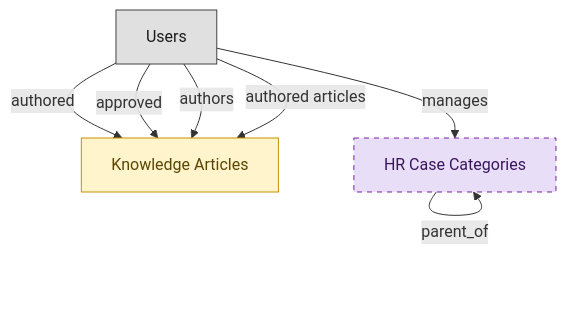
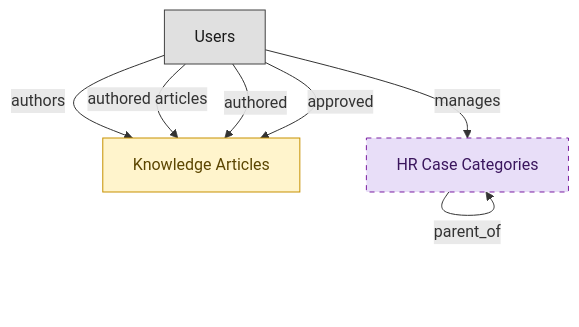
The diagram in catalog/blueprints/hrsd-knowledge-semantic-blueprint.md (IntranetFactory/domain-map), drawn with Mermaid before and after one commit. The commit also changed other lines of this file and 122 other files, not shown here.

````diff
--- a/catalog/blueprints/hrsd-knowledge-semantic-blueprint.md
+++ b/catalog/blueprints/hrsd-knowledge-semantic-blueprint.md
@@ -33,19 +34,19 @@
 ```mermaid
 flowchart TD
   classDef embedded_master fill:#fff4cc,stroke:#c79100,color:#5b4500;
   classDef consumer fill:#e8def8,stroke:#7b1fa2,color:#3a155d;
   classDef platform_builtin fill:#e0e0e0,stroke:#424242,color:#1a1a1a;
   knowledge_articles["Knowledge Articles"]
   case_categories["HR Case Categories"]
   users["Users"]
   case_categories -->|"parent_of"| case_categories
-  users -->|"authored"| knowledge_articles
-  users -->|"approved"| knowledge_articles
   users -->|"manages"| case_categories
   users -->|"authors"| knowledge_articles
   users -->|"authored articles"| knowledge_articles
+  users -->|"authored"| knowledge_articles
+  users -->|"approved"| knowledge_articles
   class knowledge_articles embedded_master;
   class case_categories consumer;
   class users platform_builtin;
   style case_categories stroke-dasharray:5 5;
 ```
````
